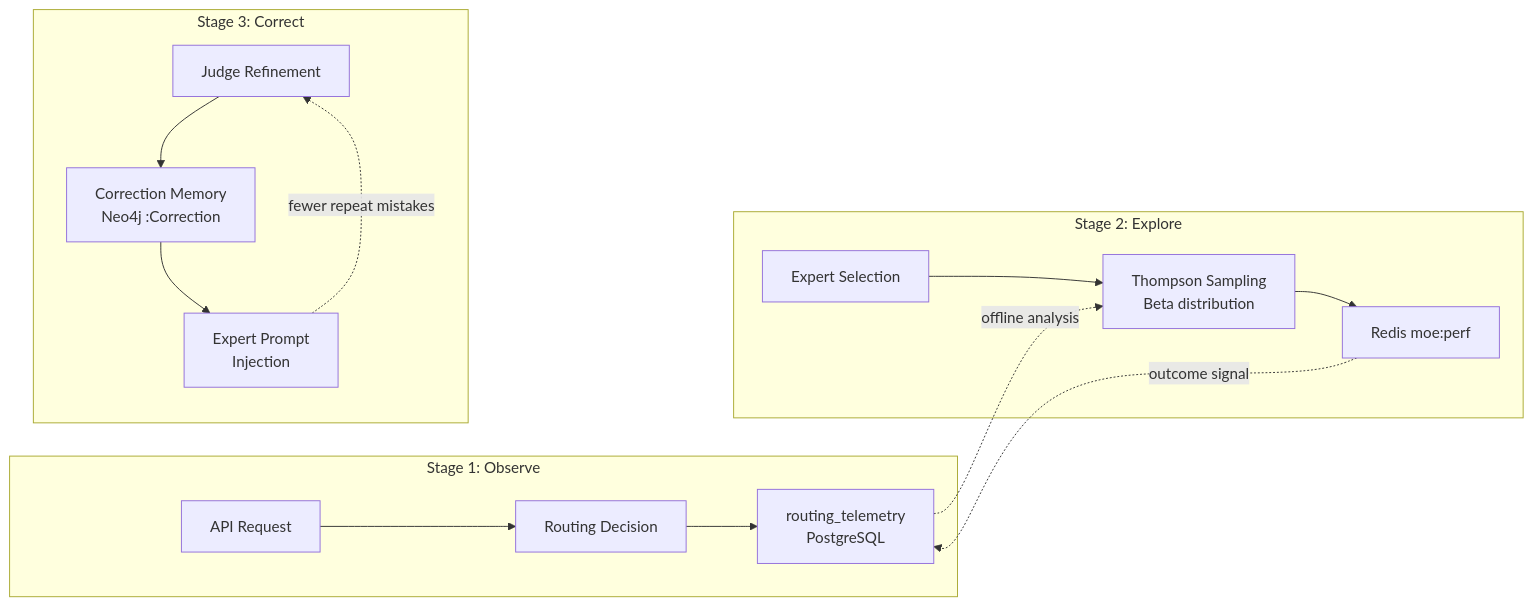
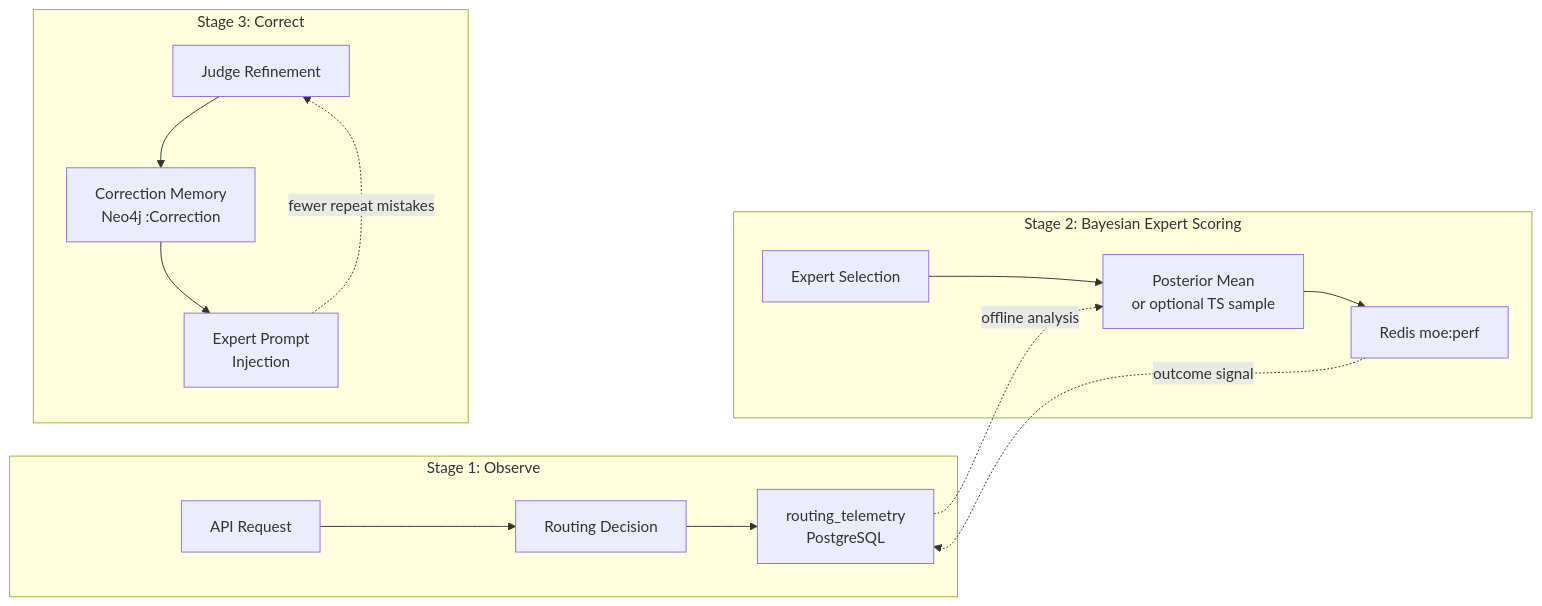
The diagram in docs/system/intelligence/rl_flywheel.md (h3rb3rn/moe-sovereign), drawn with Mermaid before and after one commit. The commit also changed other lines of this file and 4 other files, not shown here.

````diff
--- a/docs/system/intelligence/rl_flywheel.md
+++ b/docs/system/intelligence/rl_flywheel.md
@@ -12,18 +20,18 @@
 ```mermaid
 flowchart LR
     subgraph "Stage 1: Observe"
         A[API Request] --> B[Routing Decision]
         B --> C[routing_telemetry\nPostgreSQL]
     end
-    subgraph "Stage 2: Explore"
-        D[Expert Selection] --> E[Thompson Sampling\nBeta distribution]
+    subgraph "Stage 2: Bayesian Expert Scoring"
+        D[Expert Selection] --> E[Posterior Mean\nor optional TS sample]
         E --> F[Redis moe:perf]
     end
     subgraph "Stage 3: Correct"
         G[Judge Refinement] --> H[Correction Memory\nNeo4j :Correction]
         H --> I[Expert Prompt\nInjection]
     end
     C -.->|offline analysis| E
     F -.->|outcome signal| C
     I -.->|fewer repeat mistakes| G
 ```
````
